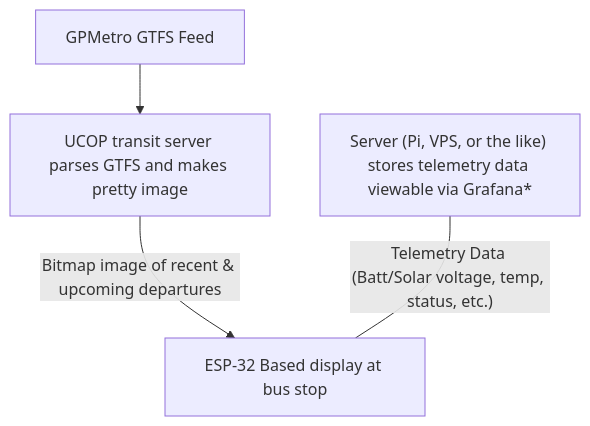
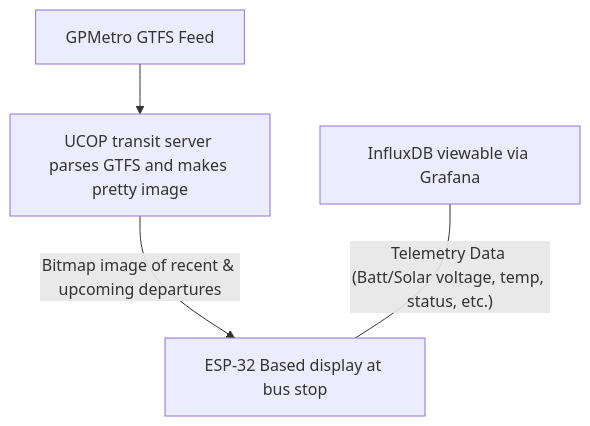
One commit to maland16/bus-departure-board changed the diagram in README.md. Above: the diagram before and after it, drawn with Mermaid. The commit also changed other lines of this file and 1 other file, not shown here.

````diff
--- a/README.md
+++ b/README.md
@@ -6,9 +6,9 @@
 ```mermaid
 graph TD;
 
     A[GPMetro GTFS Feed] --> B["UCOP transit server parses GTFS and makes pretty image"];
     
     B -->|Bitmap image of recent & upcoming departures|C[ESP-32 Based display at bus stop];
 
-    D["Server (Pi, VPS, or the like) stores telemetry data viewable via Grafana*"] ---|"Telemetry Data (Batt/Solar voltage, temp, status, etc.)"|C;
+    D["InfluxDB viewable via Grafana"] ---|"Telemetry Data (Batt/Solar voltage, temp, status, etc.)"|C;
 ```
````
